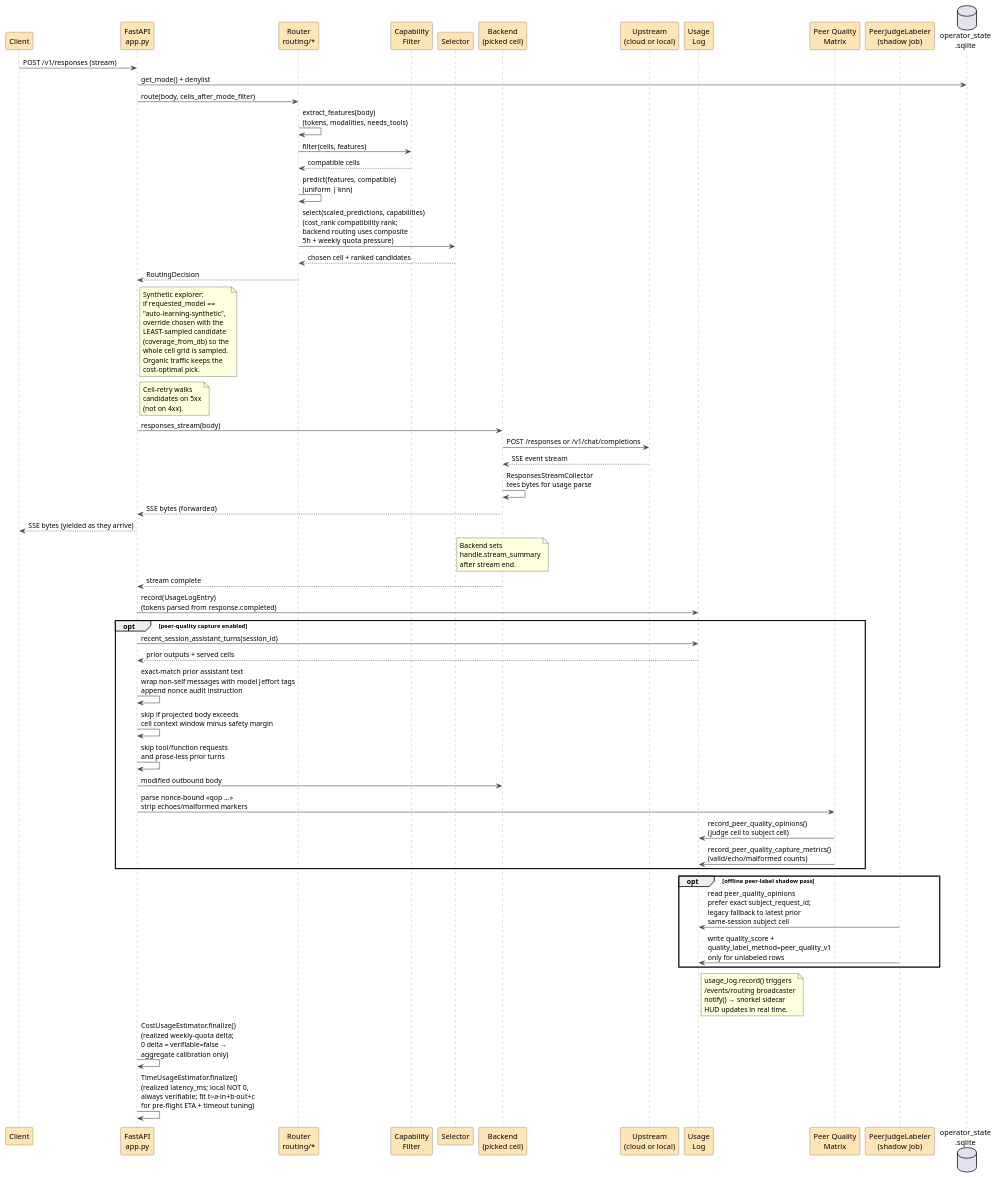
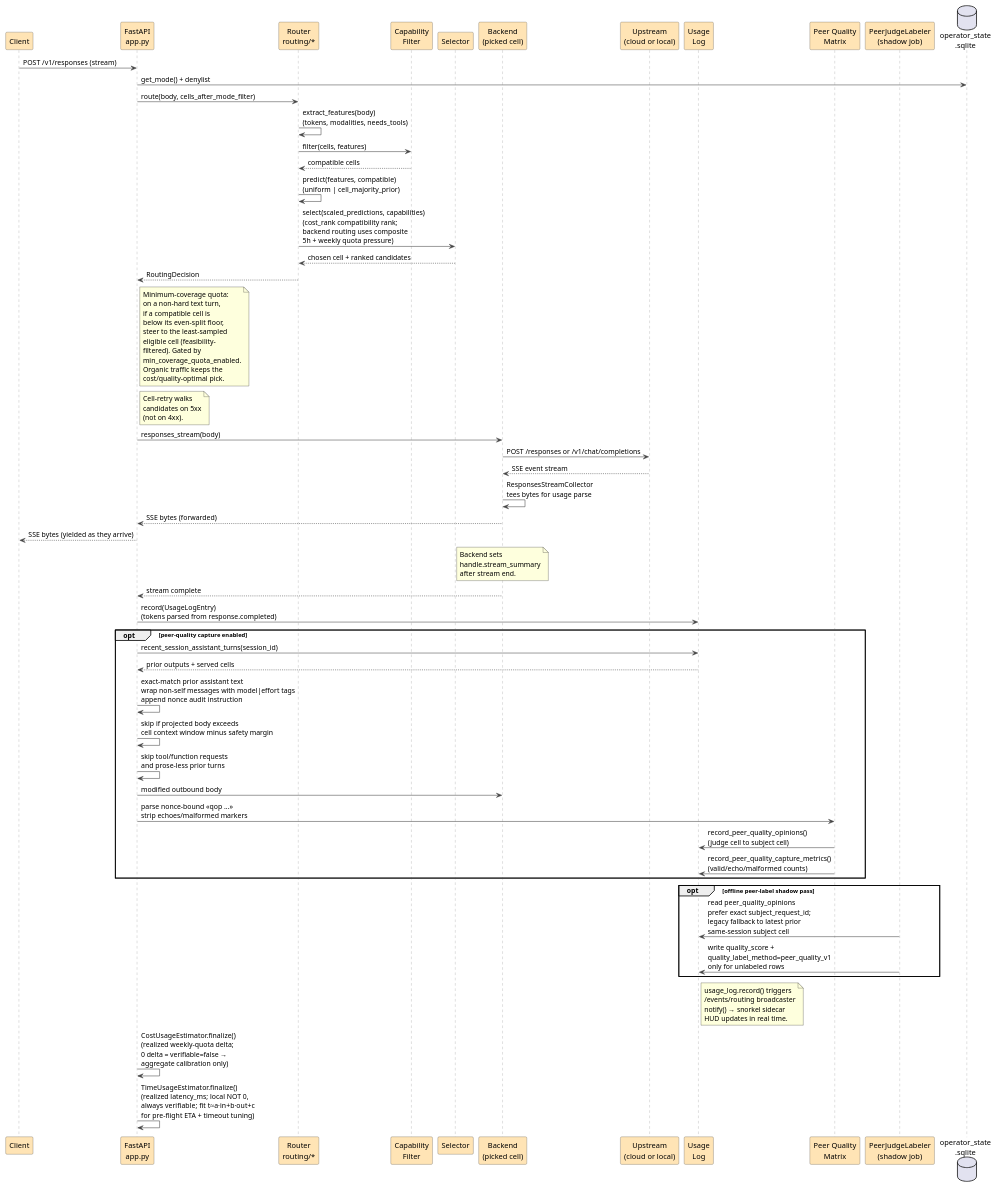
The diagram in docs/architecture/request_lifecycle.puml (rohankhanna/callosum), drawn with PlantUML before and after one commit. The commit also changed 5 other files, not shown here.

```diff
--- a/docs/architecture/request_lifecycle.puml
+++ b/docs/architecture/request_lifecycle.puml
@@ -1,103 +1,104 @@
 @startuml request_lifecycle
 ' Callosum request lifecycle — what happens between a client POST and
 ' the streamed response, including the parts the operator surfaces in
 ' callosum-ctl / snorkel / /events/routing care about.
 '
 ' This is a sequence at the process-internal level — not API contracts.
 
 skinparam backgroundColor #FFFFFF
 skinparam defaultFontName "Helvetica"
 skinparam shadowing false
 skinparam sequence {
   ArrowColor #444444
   LifeLineBorderColor #888888
   ParticipantBorderColor #444444
   ParticipantBackgroundColor #FFE4B5
   ParticipantFontColor #000000
 }
 
 participant "Client" as C
 participant "FastAPI\napp.py" as App
 participant "Router\nrouting/*" as R
 participant "Capability\nFilter" as CF
 participant "Selector" as S
 participant "Backend\n(picked cell)" as B
 participant "Upstream\n(cloud or local)" as U
 participant "Usage\nLog" as UL
 participant "Peer Quality\nMatrix" as PQ
 participant "PeerJudgeLabeler\n(shadow job)" as PJ
 database "operator_state\n.sqlite" as OS
 
 C -> App : POST /v1/responses (stream)
 App -> OS : get_mode() + denylist
 App -> R : route(body, cells_after_mode_filter)
 R -> R : extract_features(body)\n(tokens, modalities, needs_tools)
 R -> CF : filter(cells, features)
 CF --> R : compatible cells
-R -> R : predict(features, compatible)\n(uniform | knn)
+R -> R : predict(features, compatible)\n(uniform | cell_majority_prior)
 R -> S : select(scaled_predictions, capabilities)\n(cost_rank compatibility rank;\nbackend routing uses composite\n5h + weekly quota pressure)
 S --> R : chosen cell + ranked candidates
 R --> App : RoutingDecision
 
 note right of App
-  Synthetic explorer:
-  if requested_model ==
-  "auto-learning-synthetic",
-  override chosen with the
-  LEAST-sampled candidate
-  (coverage_from_db) so the
-  whole cell grid is sampled.
+  Minimum-coverage quota:
+  on a non-hard text turn,
+  if a compatible cell is
+  below its even-split floor,
+  steer to the least-sampled
+  eligible cell (feasibility-
+  filtered). Gated by
+  min_coverage_quota_enabled.
   Organic traffic keeps the
-  cost-optimal pick.
+  cost/quality-optimal pick.
 end note
 
 note right of App
   Cell-retry walks
   candidates on 5xx
   (not on 4xx).
 end note
 
 App -> B : responses_stream(body)
 B -> U : POST /responses or /v1/chat/completions
 U --> B : SSE event stream
 B -> B : ResponsesStreamCollector\ntees bytes for usage parse
 B --> App : SSE bytes (forwarded)
 App --> C : SSE bytes (yielded as they arrive)
 
 note over B
   Backend sets
   handle.stream_summary
   after stream end.
 end note
 
 B --> App : stream complete
 App -> UL : record(UsageLogEntry)\n(tokens parsed from response.completed)
 
 opt peer-quality capture enabled
   App -> UL : recent_session_assistant_turns(session_id)
   UL --> App : prior outputs + served cells
   App -> App : exact-match prior assistant text\nwrap non-self messages with model|effort tags\nappend nonce audit instruction
   App -> App : skip if projected body exceeds\ncell context window minus safety margin
   App -> App : skip tool/function requests\nand prose-less prior turns
   App -> B : modified outbound body
   App -> PQ : parse nonce-bound <<qop ...>>\nstrip echoes/malformed markers
   PQ -> UL : record_peer_quality_opinions()\n(judge cell to subject cell)
   PQ -> UL : record_peer_quality_capture_metrics()\n(valid/echo/malformed counts)
 end
 
 opt offline peer-label shadow pass
   PJ -> UL : read peer_quality_opinions\nprefer exact subject_request_id;\nlegacy fallback to latest prior\nsame-session subject cell
   PJ -> UL : write quality_score +\nquality_label_method=peer_quality_v1\nonly for unlabeled rows
 end
 
 note right of UL
   usage_log.record() triggers
   /events/routing broadcaster
   notify() → snorkel sidecar
   HUD updates in real time.
 end note
 
 App -> App : CostUsageEstimator.finalize()\n(realized weekly-quota delta;\n0 delta = verifiable=false →\naggregate calibration only)
 App -> App : TimeUsageEstimator.finalize()\n(realized latency_ms; local NOT 0,\nalways verifiable; fit t≈a·in+b·out+c\nfor pre-flight ETA + timeout tuning)
 
 @enduml
```
